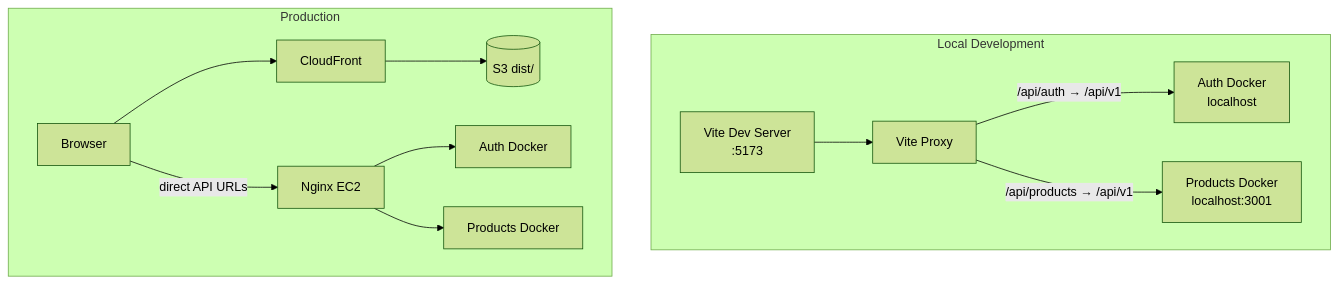
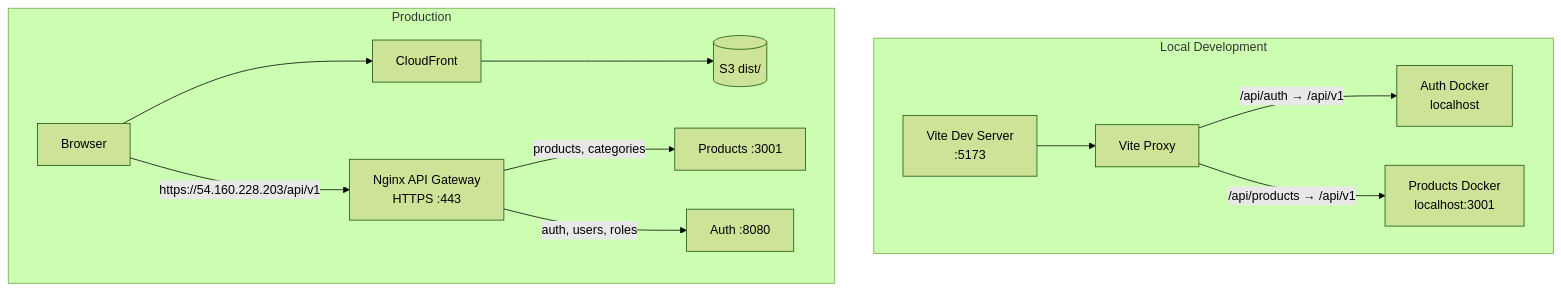
One commit to WaelAlQawasmi/ecommerce-frontend changed diagram 15 of 17 in docs/diagrams.md. Above: the diagram before and after it, drawn with Mermaid (forest theme). The commit also changed other lines of this file and 10 other files, not shown here.

Commit message:
Update production API URLs to use HTTPS and enhance documentation regarding Nginx API Gateway configuration. All backend services now route through a single secure endpoint, with Swagger/OpenAPI disabled in production environments.

````diff
--- a/docs/diagrams.md
+++ b/docs/diagrams.md
@@ -681,27 +685,27 @@
 ```mermaid
 flowchart TB
     subgraph Dev["Local Development"]
         VITE[Vite Dev Server\n:5173]
         PROXY[Vite Proxy]
         AUTH_D[Auth Docker\nlocalhost]
         PROD_D[Products Docker\nlocalhost:3001]
 
         VITE --> PROXY
         PROXY -->|/api/auth → /api/v1| AUTH_D
         PROXY -->|/api/products → /api/v1| PROD_D
     end
 
     subgraph Prod["Production"]
         CF2[CloudFront]
         S3P[(S3 dist/)]
-        NGX2[Nginx EC2]
-        AUTH_P[Auth Docker]
-        PROD_P[Products Docker]
+        NGX2[Nginx API Gateway\nHTTPS :443]
+        AUTH_P[Auth :8080]
+        PROD_P[Products :3001]
 
         CF2 --> S3P
-        Browser2[Browser] -->|direct API URLs| NGX2
+        Browser2[Browser] -->|https://54.160.228.203/api/v1| NGX2
         Browser2 --> CF2
-        NGX2 --> AUTH_P
-        NGX2 --> PROD_P
+        NGX2 -->|products, categories| PROD_P
+        NGX2 -->|auth, users, roles| AUTH_P
     end
 ```
````
